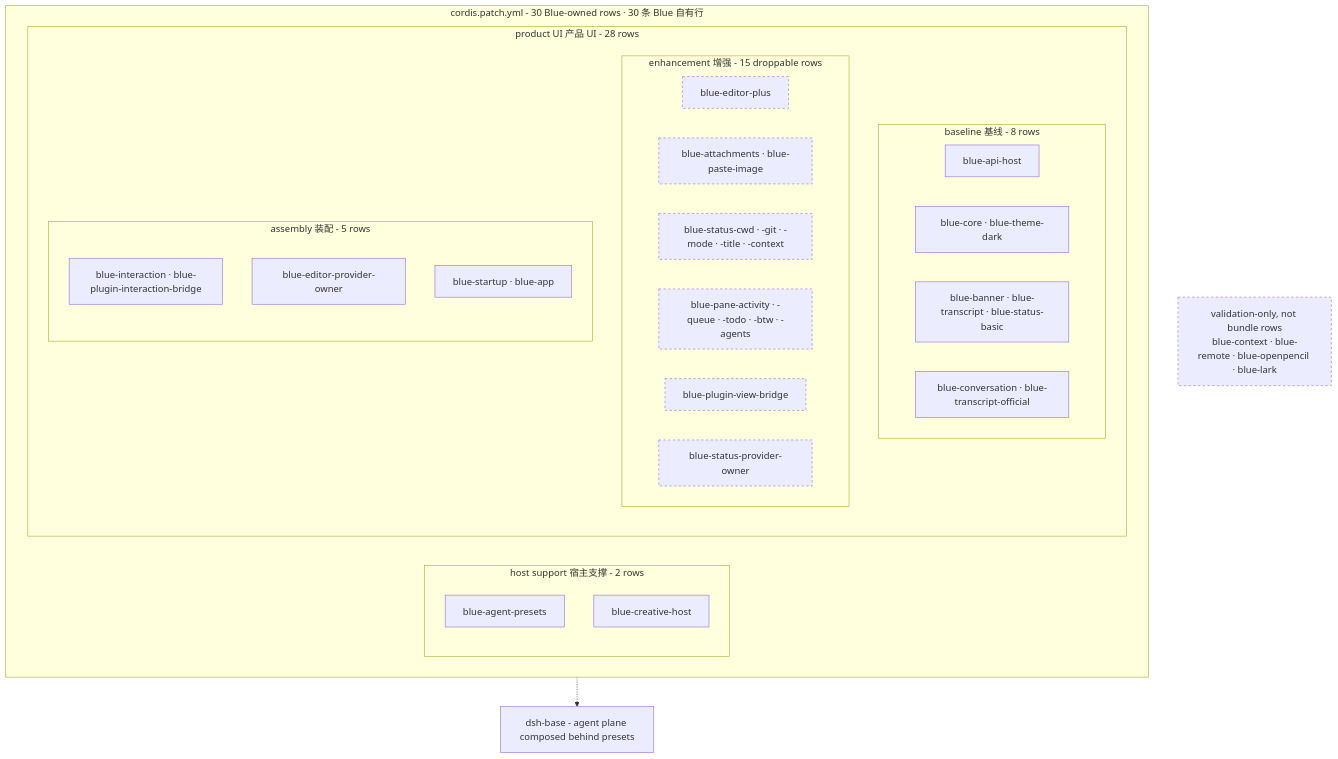
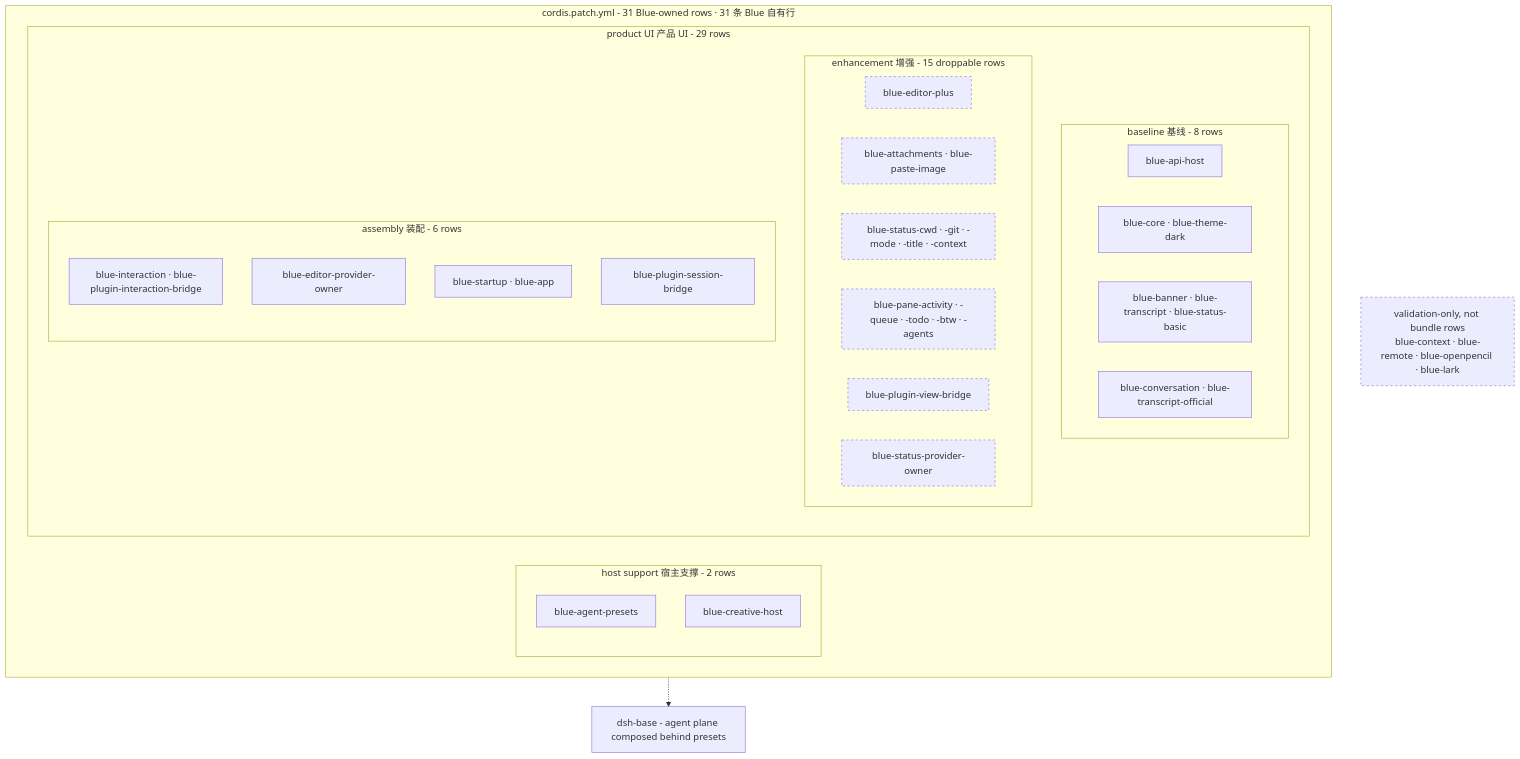
Before and after one commit to dsh-blue/blue: the diagram in docs/diagrams/blue-composition.mmd, drawn with Mermaid. The commit also changed 60 other files, not shown here.

```diff
--- a/docs/diagrams/blue-composition.mmd
+++ b/docs/diagrams/blue-composition.mmd
@@ -1,34 +1,35 @@
 flowchart TB
-    subgraph bundle["cordis.patch.yml - 30 Blue-owned rows · 30 条 Blue 自有行"]
+    subgraph bundle["cordis.patch.yml - 31 Blue-owned rows · 31 条 Blue 自有行"]
         subgraph host["host support 宿主支撑 - 2 rows"]
             presets["blue-agent-presets"]
             creative["blue-creative-host"]
         end
-        subgraph product["product UI 产品 UI - 28 rows"]
+        subgraph product["product UI 产品 UI - 29 rows"]
             subgraph baseline["baseline 基线 - 8 rows"]
                 api["blue-api-host"]
                 core["blue-core · blue-theme-dark"]
                 chrome["blue-banner · blue-transcript · blue-status-basic"]
                 conversation["blue-conversation · blue-transcript-official"]
             end
             subgraph enhancement["enhancement 增强 - 15 droppable rows"]
                 editorPlus["blue-editor-plus"]
                 att["blue-attachments · blue-paste-image"]
                 statusEnh["blue-status-cwd · -git · -mode · -title · -context"]
                 panes["blue-pane-activity · -queue · -todo · -btw · -agents"]
                 viewBridge["blue-plugin-view-bridge"]
                 statusOwner["blue-status-provider-owner"]
             end
-            subgraph assembly["assembly 装配 - 5 rows"]
+            subgraph assembly["assembly 装配 - 6 rows"]
                 interaction["blue-interaction · blue-plugin-interaction-bridge"]
                 editorOwner["blue-editor-provider-owner"]
                 startup["blue-startup · blue-app"]
+                sessionBridge["blue-plugin-session-bridge"]
             end
         end
     end
     validation["validation-only, not bundle rows\nblue-context · blue-remote · blue-openpencil · blue-lark"]
     dshbase["dsh-base - agent plane composed behind presets"]
     bundle -.-> dshbase
 
     classDef optional stroke-dasharray: 4 4;
     class editorPlus,att,statusEnh,panes,viewBridge,statusOwner,validation optional;
```
